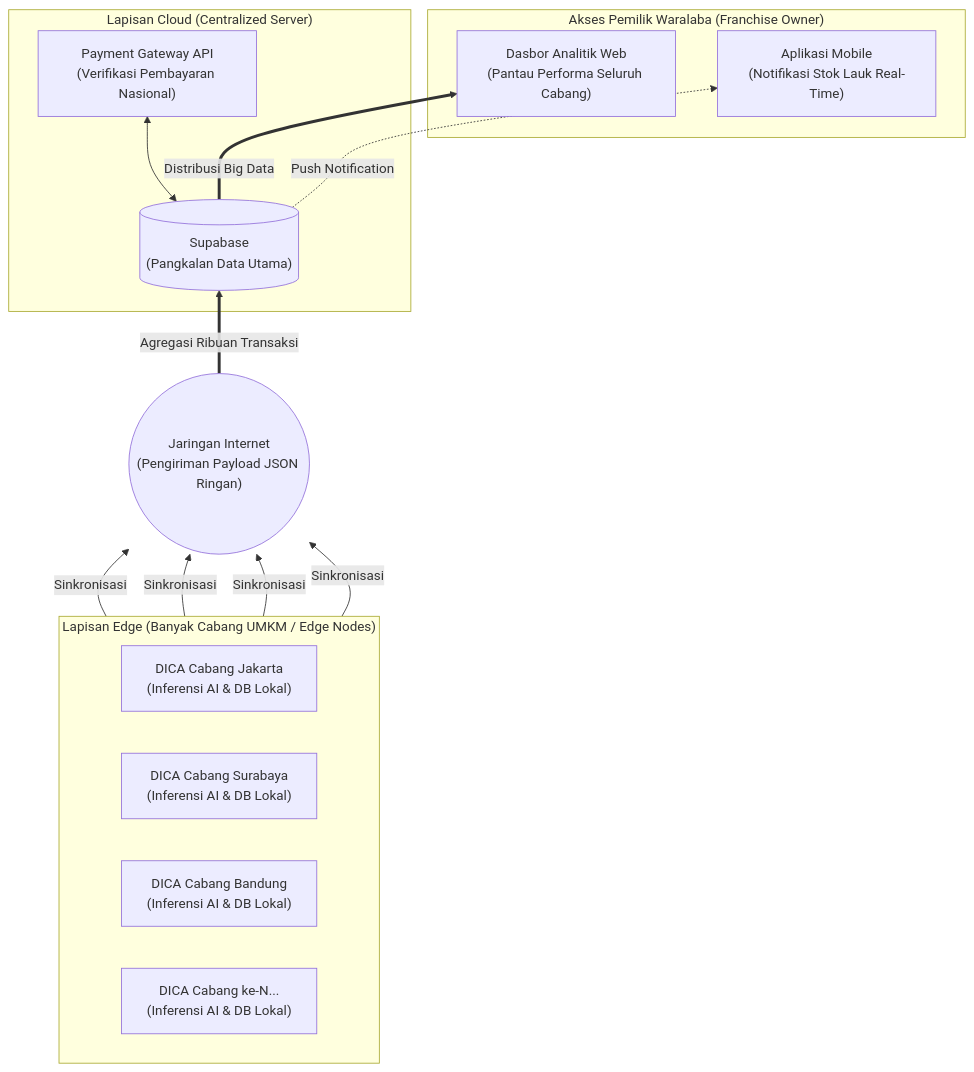
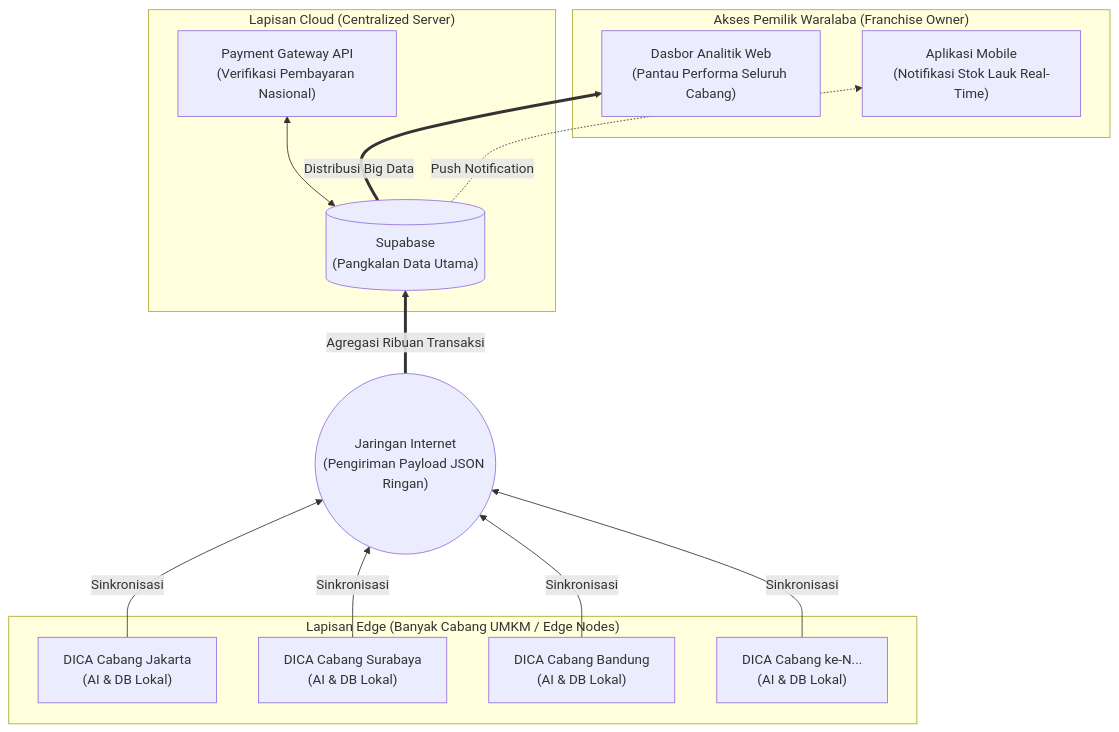
One commit to Mahardika-Ramadhana/dish-counter-apparatus changed the diagram in docs/DISTRIBUTED_ARCHITECTURE.md. Above: the diagram before and after it, drawn with Mermaid.

Commit message:
docs: fix mermaid layout to be truly horizontal for branches

````diff
--- a/docs/DISTRIBUTED_ARCHITECTURE.md
+++ b/docs/DISTRIBUTED_ARCHITECTURE.md
@@ -7,40 +7,39 @@
 ```mermaid
 flowchart BT
     %% Lapisan Edge di bagian bawah
     subgraph LapisanEdge ["Lapisan Edge (Banyak Cabang UMKM / Edge Nodes)"]
-        direction LR
-        Cabang1["DICA Cabang Jakarta<br>(Inferensi AI & DB Lokal)"]
-        Cabang2["DICA Cabang Surabaya<br>(Inferensi AI & DB Lokal)"]
-        Cabang3["DICA Cabang Bandung<br>(Inferensi AI & DB Lokal)"]
-        CabangN["DICA Cabang ke-N...<br>(Inferensi AI & DB Lokal)"]
+        Cabang1["DICA Cabang Jakarta<br>(AI & DB Lokal)"]
+        Cabang2["DICA Cabang Surabaya<br>(AI & DB Lokal)"]
+        Cabang3["DICA Cabang Bandung<br>(AI & DB Lokal)"]
+        CabangN["DICA Cabang ke-N...<br>(AI & DB Lokal)"]
     end
 
     %% Jaringan Transmisi di tengah
     Internet(("Jaringan Internet<br>(Pengiriman Payload JSON Ringan)"))
 
     %% Panah mengarah ke atas dari Cabang ke Internet
     Cabang1 -->|Sinkronisasi| Internet
     Cabang2 -->|Sinkronisasi| Internet
     Cabang3 -->|Sinkronisasi| Internet
     CabangN -->|Sinkronisasi| Internet
 
     %% Lapisan Cloud di atas Internet
     subgraph LapisanCloud ["Lapisan Cloud (Centralized Server)"]
         Supabase[("Supabase<br>(Pangkalan Data Utama)")]
         QRIS["Payment Gateway API<br>(Verifikasi Pembayaran Nasional)"]
         Supabase <--> QRIS
     end
 
     %% Panah mengarah ke atas dari Internet ke Cloud
     Internet ==>|Agregasi Ribuan Transaksi| Supabase
 
     %% Akses Pemilik di posisi paling atas
     subgraph AksesPemilik ["Akses Pemilik Waralaba (Franchise Owner)"]
         Dashboard["Dasbor Analitik Web<br>(Pantau Performa Seluruh Cabang)"]
         Mobile["Aplikasi Mobile<br>(Notifikasi Stok Lauk Real-Time)"]
     end
 
     %% Panah mengarah ke atas dari Cloud ke Akses Pemilik
     Supabase ==>|Distribusi Big Data| Dashboard
     Supabase -.->|Push Notification| Mobile
 ```
````
